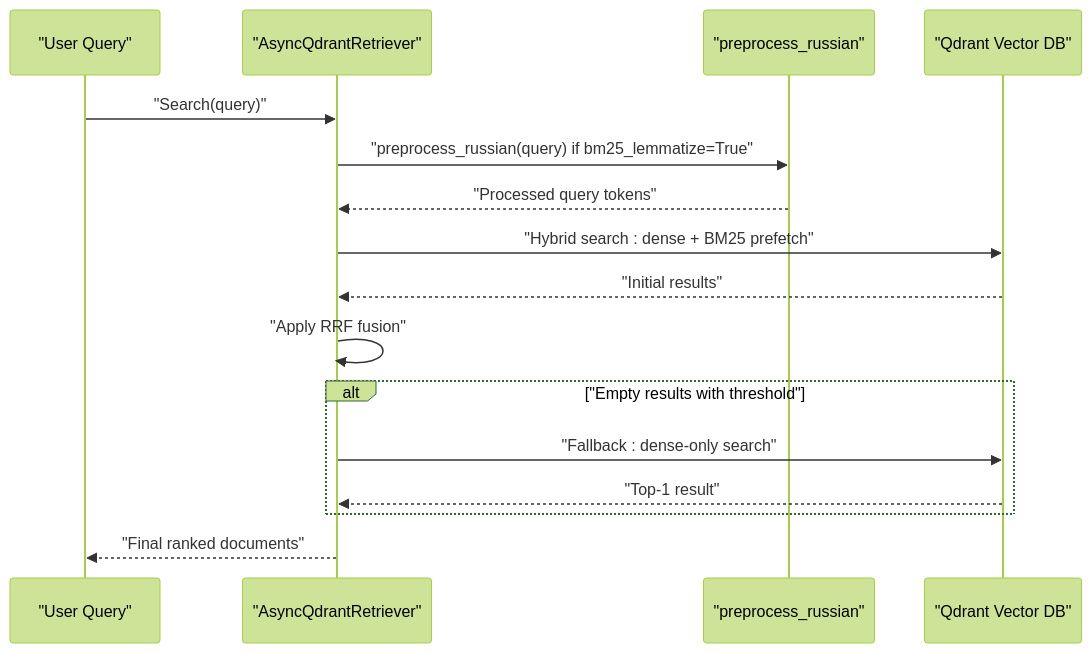
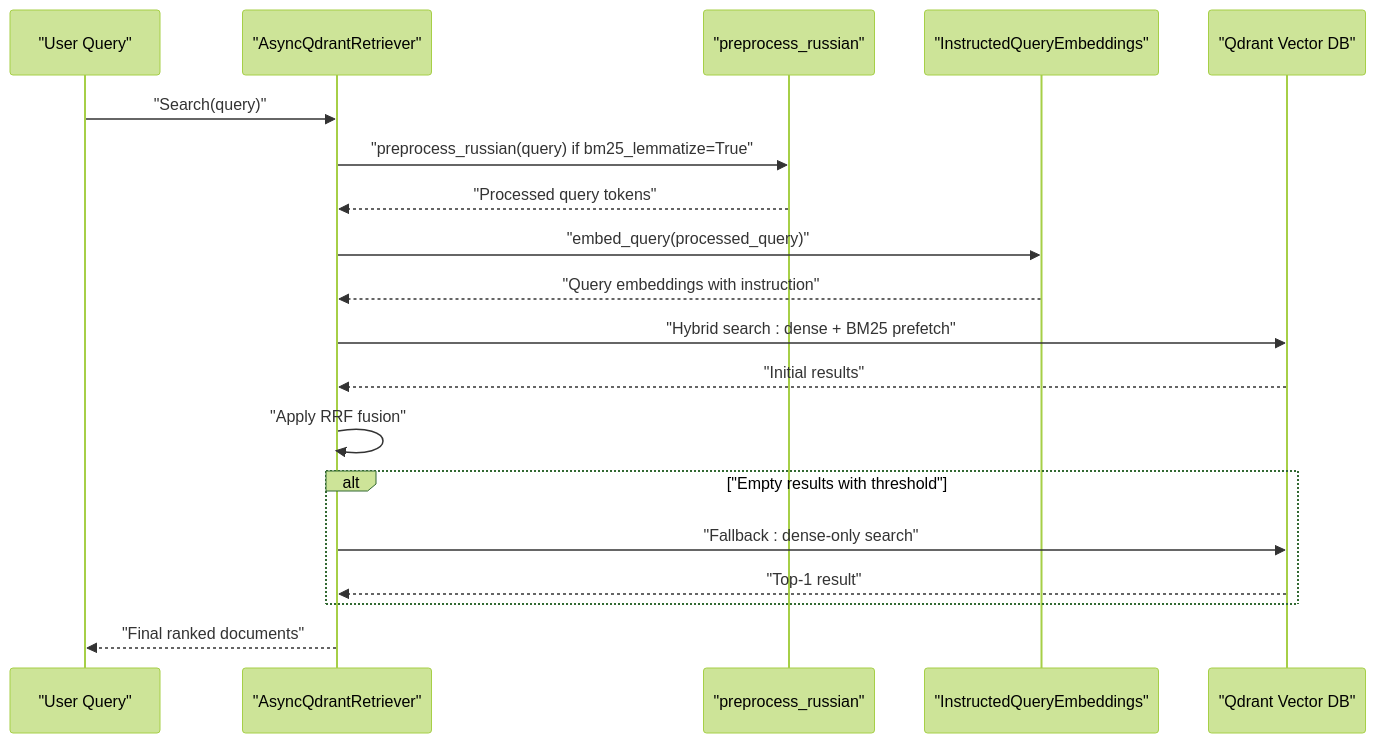
The fifth of 24 diagrams in .qoder/repowiki/en/content/API Reference/RAG Microservice Architecture.md (ognelis/cafetera_hr_bot), drawn with Mermaid (forest theme) before and after one commit. The commit also changed other lines of this file and 10 other files, not shown here.

````diff
--- a/.qoder/repowiki/en/content/API Reference/RAG Microservice Architecture.md
+++ b/.qoder/repowiki/en/content/API Reference/RAG Microservice Architecture.md
@@ -302,18 +327,21 @@
 ```mermaid
 sequenceDiagram
 participant Query as "User Query"
 participant Retriever as "AsyncQdrantRetriever"
 participant TextProcessor as "preprocess_russian"
+participant InstructedEmbeddings as "InstructedQueryEmbeddings"
 participant Qdrant as "Qdrant Vector DB"
 Query->>Retriever : "Search(query)"
 Retriever->>TextProcessor : "preprocess_russian(query) if bm25_lemmatize=True"
 TextProcessor-->>Retriever : "Processed query tokens"
+Retriever->>InstructedEmbeddings : "embed_query(processed_query)"
+InstructedEmbeddings-->>Retriever : "Query embeddings with instruction"
 Retriever->>Qdrant : "Hybrid search : dense + BM25 prefetch"
 Qdrant-->>Retriever : "Initial results"
 Retriever->>Retriever : "Apply RRF fusion"
 alt "Empty results with threshold"
 Retriever->>Qdrant : "Fallback : dense-only search"
 Qdrant-->>Retriever : "Top-1 result"
 end
 Retriever-->>Query : "Final ranked documents"
 ```
````
